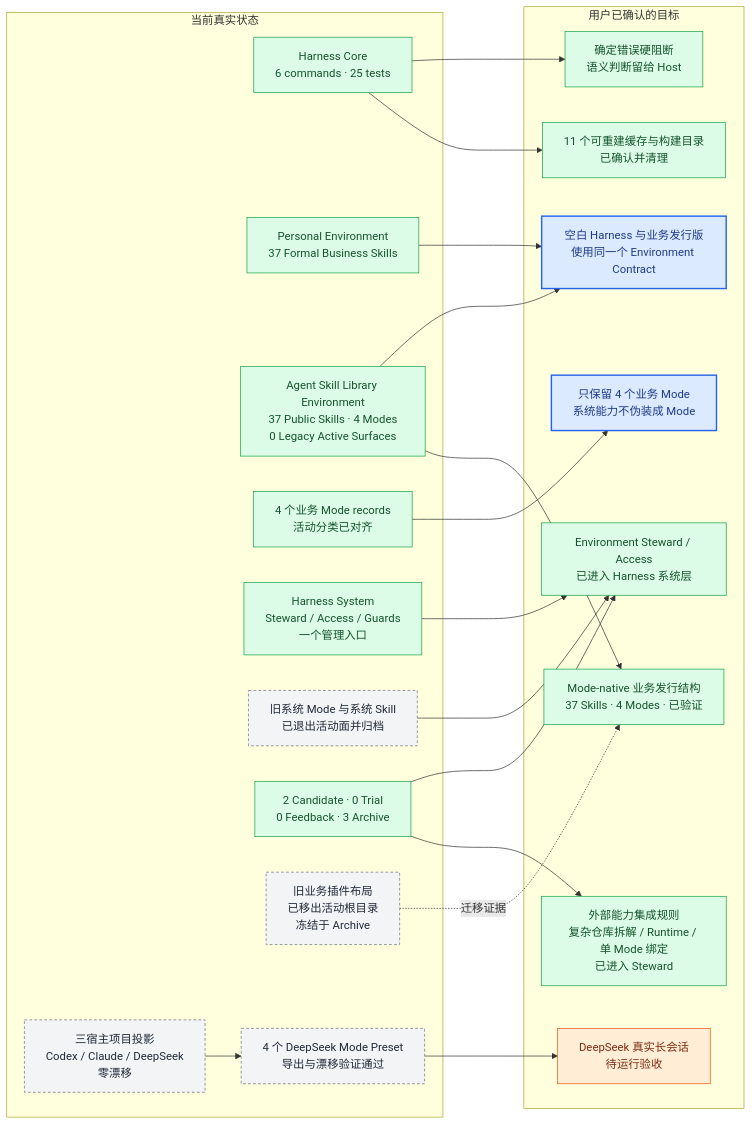
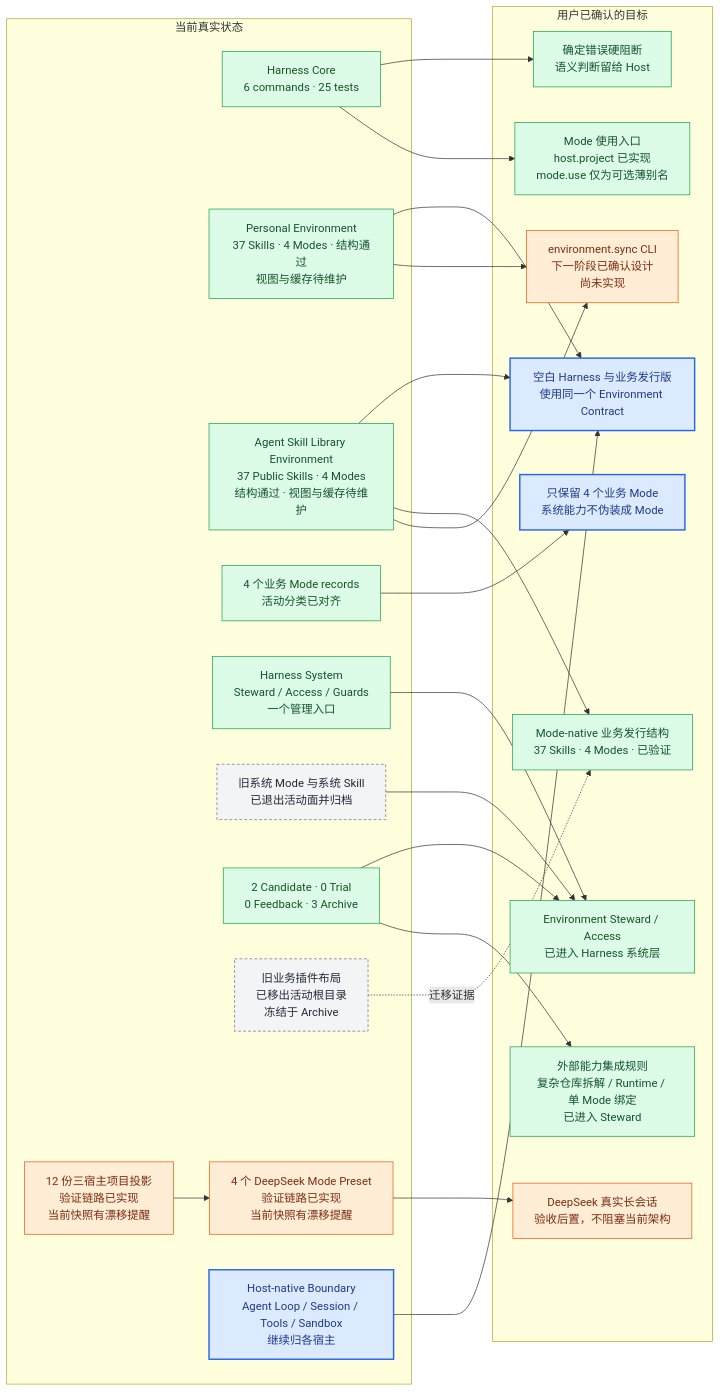
One commit to qihangzhang-272/asl-harness changed diagram 15 of 15 in docs/asl-architecture-views.md. Above: the diagram before and after it, drawn with Mermaid. The commit also changed other lines of this file and 1 other file, not shown here.

````diff
--- a/docs/asl-architecture-views.md
+++ b/docs/asl-architecture-views.md
@@ -889,50 +970,55 @@
 ```mermaid
 flowchart LR
     subgraph CURRENT["当前真实状态"]
         HCORE["Harness Core<br/>6 commands · 25 tests"]
-        PENV["Personal Environment<br/>37 Formal Business Skills"]
-        ALIB["Agent Skill Library Environment<br/>37 Public Skills · 4 Modes<br/>0 Legacy Active Surfaces"]
+        PENV["Personal Environment<br/>37 Skills · 4 Modes · 结构通过<br/>视图与缓存待维护"]
+        ALIB["Agent Skill Library Environment<br/>37 Public Skills · 4 Modes<br/>结构通过 · 视图与缓存待维护"]
         BUSINESS["4 个业务 Mode records<br/>活动分类已对齐"]
         SYSTEM["Harness System<br/>Steward / Access / Guards<br/>一个管理入口"]
         ARCHIVED["旧系统 Mode 与系统 Skill<br/>已退出活动面并归档"]
         CULT["2 Candidate · 0 Trial<br/>0 Feedback · 3 Archive"]
         LEGACY["旧业务插件布局<br/>已移出活动根目录<br/>冻结于 Archive"]
-        PROJECTS["三宿主项目投影<br/>Codex / Claude / DeepSeek<br/>零漂移"]
-        PRESETS["4 个 DeepSeek Mode Preset<br/>导出与漂移验证通过"]
+        PROJECTS["12 份三宿主项目投影<br/>验证链路已实现<br/>当前快照有漂移提醒"]
+        PRESETS["4 个 DeepSeek Mode Preset<br/>验证链路已实现<br/>当前快照有漂移提醒"]
+        NATIVE["Host-native Boundary<br/>Agent Loop / Session / Tools / Sandbox<br/>继续归各宿主"]
     end
 
     subgraph TARGET["用户已确认的目标"]
         CONTRACT["空白 Harness 与业务发行版<br/>使用同一个 Environment Contract"]
         FOUR["只保留 4 个业务 Mode<br/>系统能力不伪装成 Mode"]
         STEWARD["Environment Steward / Access<br/>已进入 Harness 系统层"]
         INTEGRATE["外部能力集成规则<br/>复杂仓库拆解 / Runtime / 单 Mode 绑定<br/>已进入 Steward"]
         GUARDS["确定错误硬阻断<br/>语义判断留给 Host"]
         MODE_NATIVE["Mode-native 业务发行结构<br/>37 Skills · 4 Modes · 已验证"]
-        DSH_RUNTIME["DeepSeek 真实长会话<br/>待运行验收"]
-        CLEANUP["11 个可重建缓存与构建目录<br/>已确认并清理"]
+        SYNC_CLI["environment.sync CLI<br/>下一阶段已确认设计<br/>尚未实现"]
+        MODE_UX["Mode 使用入口<br/>host.project 已实现<br/>mode.use 仅为可选薄别名"]
+        DSH_RUNTIME["DeepSeek 真实长会话<br/>验收后置，不阻塞当前架构"]
     end
 
     HCORE --> GUARDS
     PENV --> CONTRACT
     ALIB --> CONTRACT
     ALIB --> MODE_NATIVE
     BUSINESS --> FOUR
     SYSTEM --> STEWARD
     ARCHIVED --> STEWARD
     CULT --> STEWARD
     CULT --> INTEGRATE
     LEGACY -.迁移证据.-> MODE_NATIVE
     PROJECTS --> PRESETS
     PRESETS --> DSH_RUNTIME
-    HCORE --> CLEANUP
+    NATIVE --> CONTRACT
+    ALIB --> SYNC_CLI
+    PENV --> SYNC_CLI
+    HCORE --> MODE_UX
 
     classDef locked fill:#dbeafe,stroke:#2563eb,color:#1e3a8a,stroke-width:2px;
     classDef done fill:#dcfce7,stroke:#16a34a,color:#14532d;
     classDef optimize fill:#ffedd5,stroke:#ea580c,color:#7c2d12;
     classDef remove fill:#fee2e2,stroke:#dc2626,color:#7f1d1d,stroke-width:2px;
     classDef generated fill:#f3f4f6,stroke:#6b7280,color:#1f2937,stroke-dasharray:4 3;
-    class HCORE,PENV,ALIB,BUSINESS,SYSTEM,CULT,STEWARD,GUARDS,INTEGRATE,CLEANUP,MODE_NATIVE done;
-    class DSH_RUNTIME optimize;
-    class LEGACY,ARCHIVED,PROJECTS,PRESETS generated;
-    class CONTRACT,FOUR locked;
+    class HCORE,PENV,ALIB,BUSINESS,SYSTEM,CULT,STEWARD,GUARDS,INTEGRATE,MODE_NATIVE,MODE_UX done;
+    class SYNC_CLI,DSH_RUNTIME,PROJECTS,PRESETS optimize;
+    class LEGACY,ARCHIVED generated;
+    class CONTRACT,FOUR,NATIVE locked;
 ```
````
